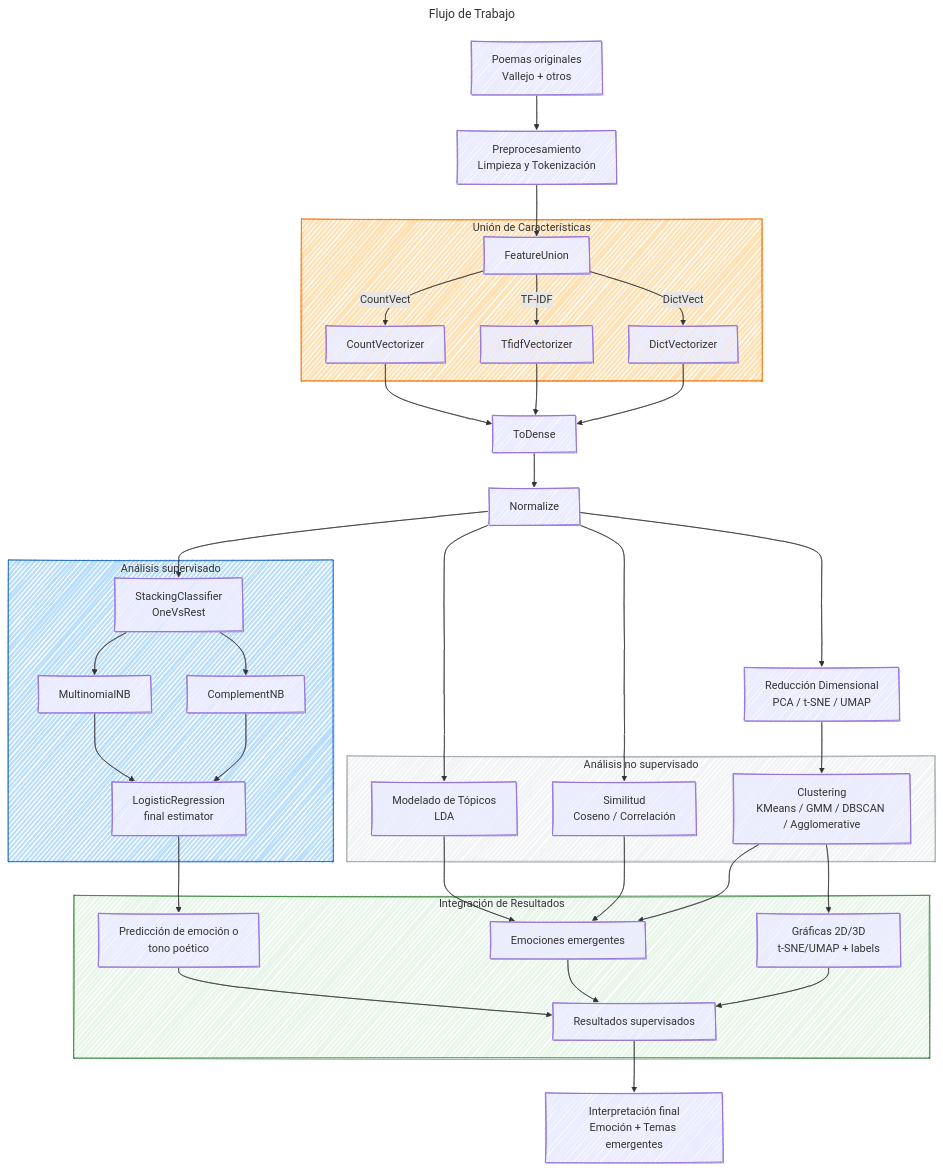
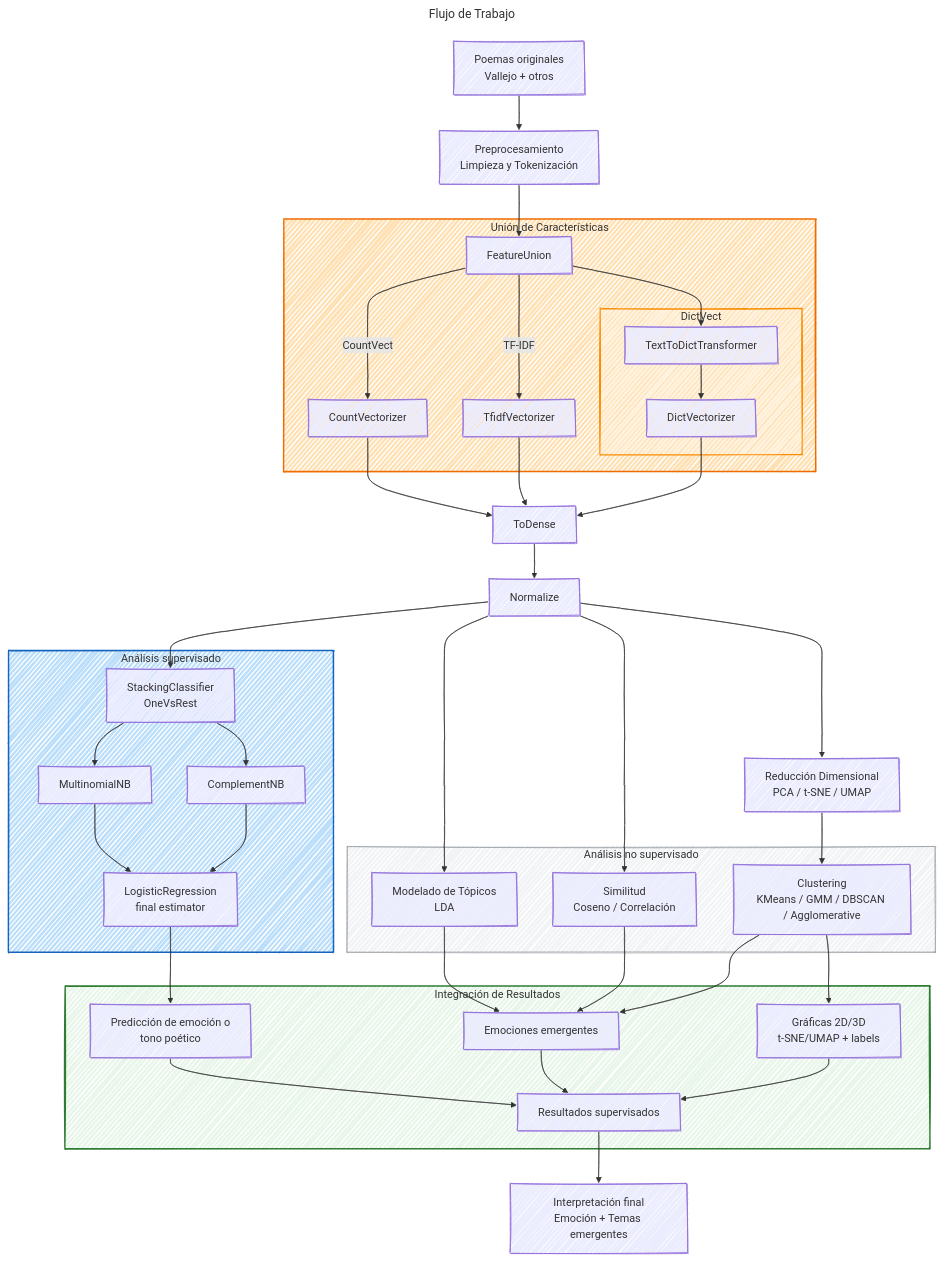
Before and after one commit to HubertRonald/VersoVector: the diagram in README.md, drawn with Mermaid. The commit also changed 3 other files, not shown here.

Commit message:
DictVect explained in more detail

````diff
--- a/README.md
+++ b/README.md
@@ -64,15 +64,22 @@
     B --> S2[FeatureUnion]
 
     subgraph FeatureUnion["Unión de Características"]
-    S2 -->|CountVect| S21[CountVectorizer]
-    S2 -->|TF-IDF| S22[TfidfVectorizer]
-    S2 -->|DictVect| S23[DictVectorizer]
+        S2 -->|CountVect| S21[CountVectorizer]
+        S2 -->|TF-IDF| S22[TfidfVectorizer]
+
+        %% Sub-pipeline DictVect
+        S2 --> DV1[TextToDictTransformer]
+
+        subgraph DictVect["DictVect"]
+            DV1 --> DV2[DictVectorizer]
+        end
     end
 
     %% unión de features
     S21 --> S3[ToDense]
     S22 --> S3[ToDense]
-    S23 --> S3[ToDense]
+    DV2 --> S3[ToDense]
+
     S3 --> S4[Normalize]
 
     %% Paso opcional de reducción dimensional
@@ -81,9 +88,9 @@
 
     %% Ramas no supervisadas
     subgraph Clustering["Análisis no supervisado"]
-    E[Clustering<br>KMeans / GMM / DBSCAN / Agglomerative]
-    F[Modelado de Tópicos<br>LDA]
-    G[Similitud<br>Coseno / Correlación]
+        E[Clustering<br>KMeans / GMM / DBSCAN / Agglomerative]
+        F[Modelado de Tópicos<br>LDA]
+        G[Similitud<br>Coseno / Correlación]
     end
 
     S4 --> F
@@ -94,30 +101,32 @@
     G --> H2
     E --> H2[Emociones emergentes]
 
-    %% Rama supervisada detallada
+    %% Rama supervisada
     S4 --> S5[StackingClassifier<br>OneVsRest]
 
     subgraph Stacking["Análisis supervisado"]
-    S5 --> S51[MultinomialNB]
-    S5 --> S52[ComplementNB]
-    S51 --> S6[LogisticRegression<br>final estimator]
-    S52 --> S6[LogisticRegression<br>final estimator]
+        S5 --> S51[MultinomialNB]
+        S5 --> S52[ComplementNB]
+        S51 --> S6[LogisticRegression<br>final estimator]
+        S52 --> S6[LogisticRegression<br>final estimator]
     end
 
     S6 --> E2[Predicción de emoción o<br>tono poético]
 
-    %% Subgraph de integración
+    %% Integración final
     subgraph Integracion["Integración de Resultados"]
-    E2 --> J[Resultados supervisados]
-    H2 --> J
-    H1 --> J
+        E2 --> J[Resultados supervisados]
+        H2 --> J
+        H1 --> J
     end
 
     J --> K[Interpretación final<br>Emoción + Temas emergentes]
 
-    %% === Estilos de subgraphs con colores ===
-    style FeatureUnion fill:#FFE0B2,stroke:#EF6C00,stroke-width:2px  %% naranja claro
-    style Stacking fill:#BBDEFB,stroke:#1565C0,stroke-width:2px       %% azul claro
-    style Clustering fill:#F1F3F4,stroke:#9AA0A6,stroke-width:1px     %% gris claro
-    style Integracion fill:#E8F5E9,stroke:#2E7D32,stroke-width:2px    %% verde claro
+    %% === Estilos ===
+    style FeatureUnion fill:#FFE0B2,stroke:#EF6C00,stroke-width:2px
+    style DictVect fill:#FFF3E0,stroke:#FB8C00,stroke-width:1.5px
+    style Stacking fill:#BBDEFB,stroke:#1565C0,stroke-width:2px
+    style Clustering fill:#F1F3F4,stroke:#9AA0A6,stroke-width:1px
+    style Integracion fill:#E8F5E9,stroke:#2E7D32,stroke-width:2px
+
 ```
````
